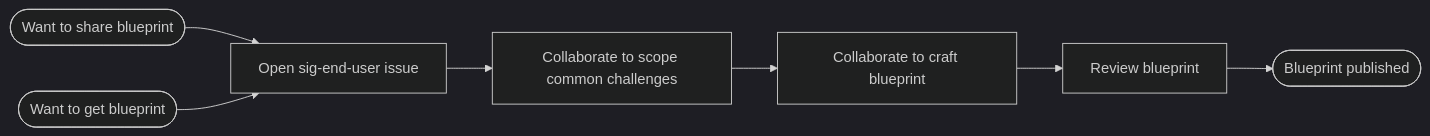
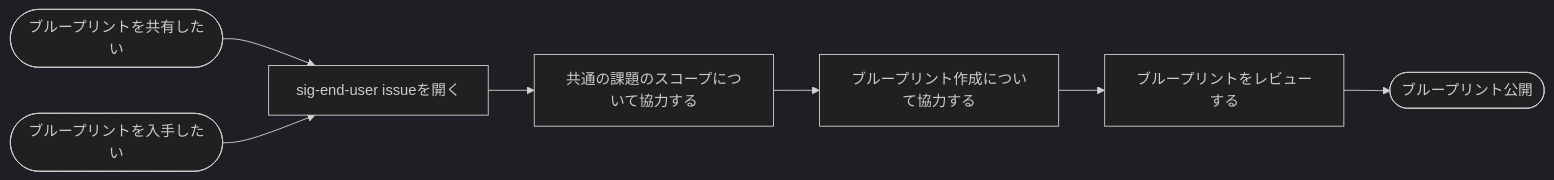
The third of 4 diagrams in content/ja/blog/2026/blueprints-intro.md (open-telemetry/opentelemetry.io), drawn with Mermaid (dark theme) before and after one commit. The commit also changed other lines of this file, not shown here.

Commit message:
fix(ja): translate mermaid diagrams in blueprints-intro.md

````diff
--- a/content/ja/blog/2026/blueprints-intro.md
+++ b/content/ja/blog/2026/blueprints-intro.md
@@ -166,17 +166,17 @@
 ```mermaid
 flowchart LR
-    B1([Want to share blueprint])
-    B2([Want to get blueprint])
-    B3[Open sig-end-user issue]
-    B4[Collaborate to scope common challenges]
-    B5[Collaborate to craft blueprint]
-    B6[Review blueprint]
-    B7([Blueprint published])
+    B1([ブループリントを共有したい])
+    B2([ブループリントを入手したい])
+    B3[sig-end-user issueを開く]
+    B4[共通の課題のスコープについて協力する]
+    B5[ブループリント作成について協力する]
+    B6[ブループリントをレビューする]
+    B7([ブループリント公開])
 
     B1 --> B3
     B2 --> B3
     B3 --> B4
     B4 --> B5
     B5 --> B6
     B6 --> B7
 ```
````
